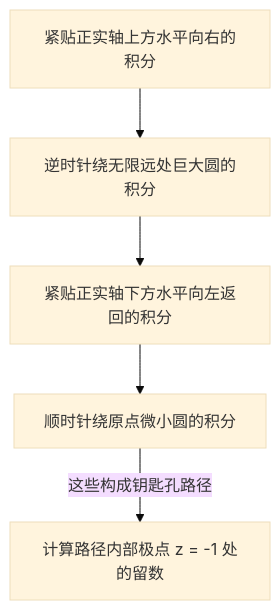
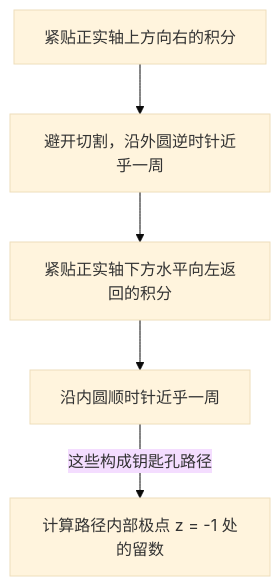
One commit to kenjinote/blog changed the third of 3 diagrams in content/post/residue-theorem/index.zh-cn.md. Above: the diagram before and after it, drawn with Mermaid (base theme). The commit also changed other lines of this file and 11 other files, not shown here.

````diff
--- a/content/post/residue-theorem/index.zh-cn.md
+++ b/content/post/residue-theorem/index.zh-cn.md
@@ -166,7 +167,7 @@
 ```mermaid
 flowchart TD
-    A["紧贴正实轴上方水平向右的积分"] --> B["逆时针绕无限远处巨大圆的积分"]
+    A["紧贴正实轴上方向右的积分"] --> B["避开切割，沿外圆逆时针近乎一周"]
     B --> C["紧贴正实轴下方水平向左返回的积分"]
-    C --> D["顺时针绕原点微小圆的积分"]
+    C --> D["沿内圆顺时针近乎一周"]
     D -->|"这些构成钥匙孔路径"| E["计算路径内部极点 z = -1 处的留数"]
 ```
````
